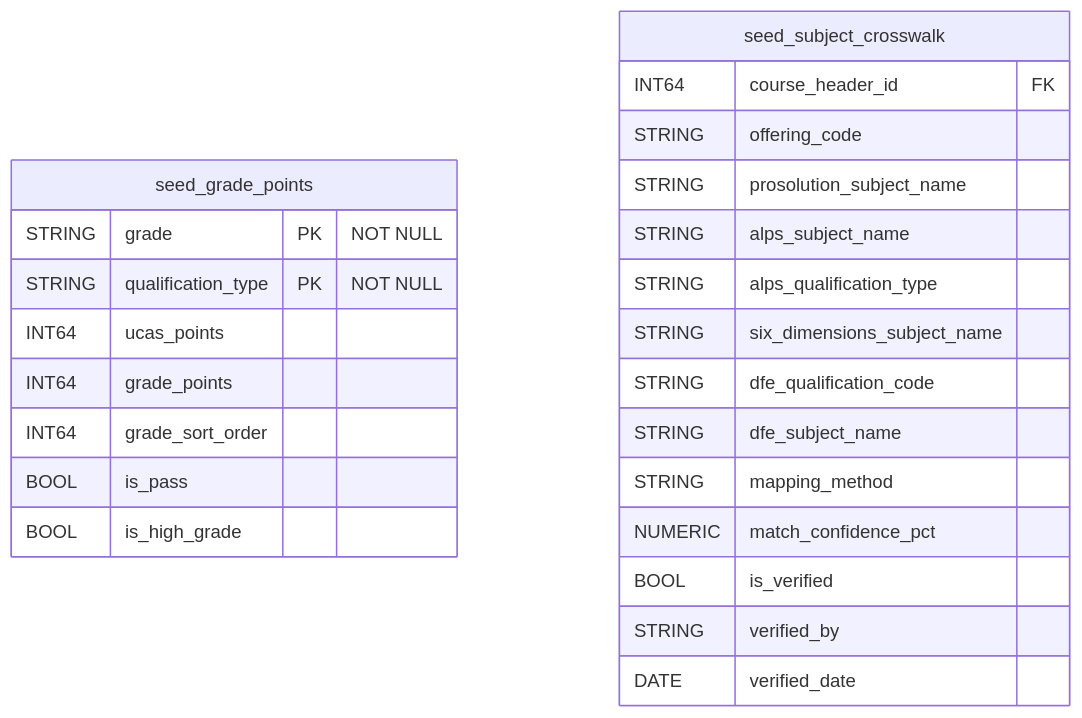
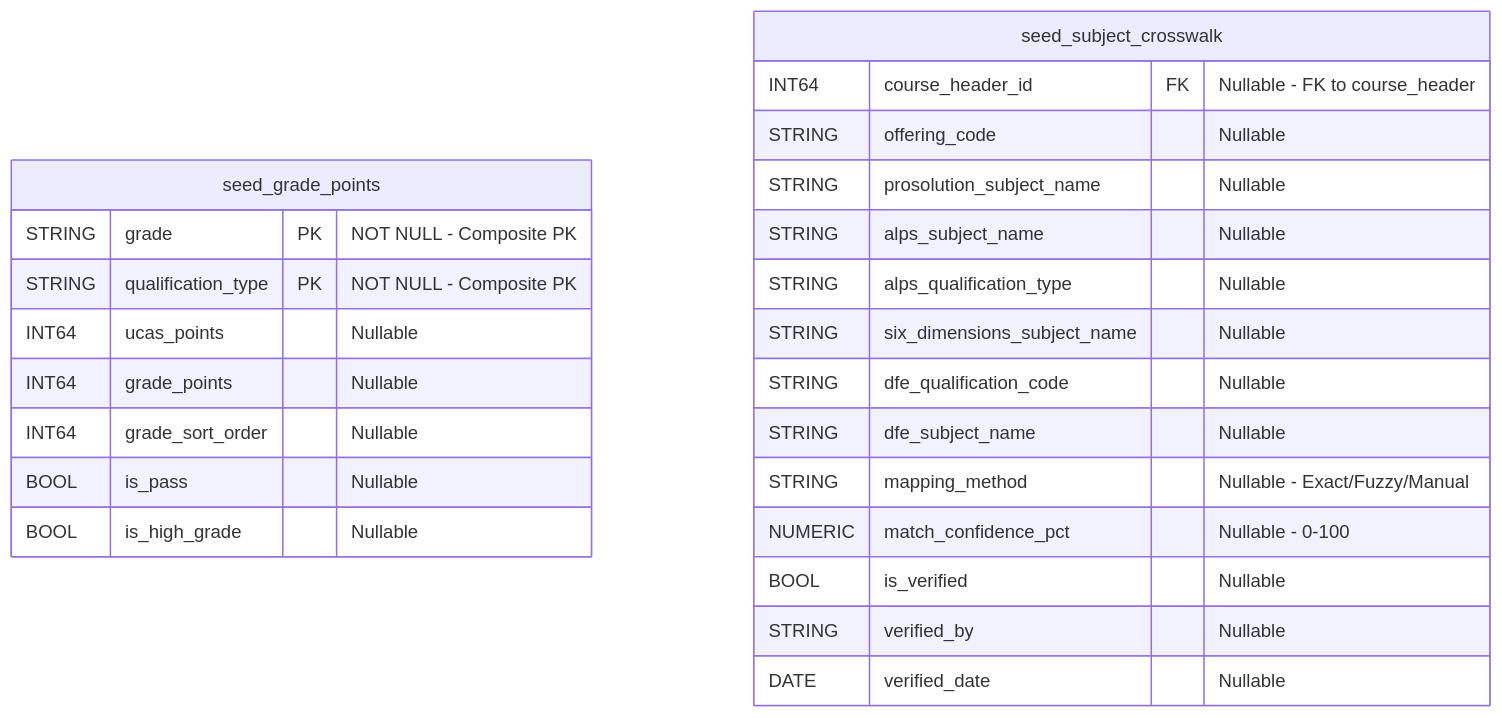
One commit to rittmananalytics/RA_Accelerated_Development changed the fourth of 10 diagrams in design/data_model_diagrams.md. Above: the diagram before and after it, drawn with Mermaid. The commit also changed other lines of this file, not shown here.

````diff
--- a/design/data_model_diagrams.md
+++ b/design/data_model_diagrams.md
@@ -335,28 +535,28 @@
 ```mermaid
 erDiagram
     seed_grade_points {
-        STRING grade PK "NOT NULL"
-        STRING qualification_type PK "NOT NULL"
-        INT64 ucas_points
-        INT64 grade_points
-        INT64 grade_sort_order
-        BOOL is_pass
-        BOOL is_high_grade
+        STRING grade PK "NOT NULL - Composite PK"
+        STRING qualification_type PK "NOT NULL - Composite PK"
+        INT64 ucas_points "Nullable"
+        INT64 grade_points "Nullable"
+        INT64 grade_sort_order "Nullable"
+        BOOL is_pass "Nullable"
+        BOOL is_high_grade "Nullable"
     }
 
     seed_subject_crosswalk {
-        INT64 course_header_id FK
-        STRING offering_code
-        STRING prosolution_subject_name
-        STRING alps_subject_name
-        STRING alps_qualification_type
-        STRING six_dimensions_subject_name
-        STRING dfe_qualification_code
-        STRING dfe_subject_name
-        STRING mapping_method
-        NUMERIC match_confidence_pct
-        BOOL is_verified
-        STRING verified_by
-        DATE verified_date
+        INT64 course_header_id FK "Nullable - FK to course_header"
+        STRING offering_code "Nullable"
+        STRING prosolution_subject_name "Nullable"
+        STRING alps_subject_name "Nullable"
+        STRING alps_qualification_type "Nullable"
+        STRING six_dimensions_subject_name "Nullable"
+        STRING dfe_qualification_code "Nullable"
+        STRING dfe_subject_name "Nullable"
+        STRING mapping_method "Nullable - Exact/Fuzzy/Manual"
+        NUMERIC match_confidence_pct "Nullable - 0-100"
+        BOOL is_verified "Nullable"
+        STRING verified_by "Nullable"
+        DATE verified_date "Nullable"
     }
 ```
````
